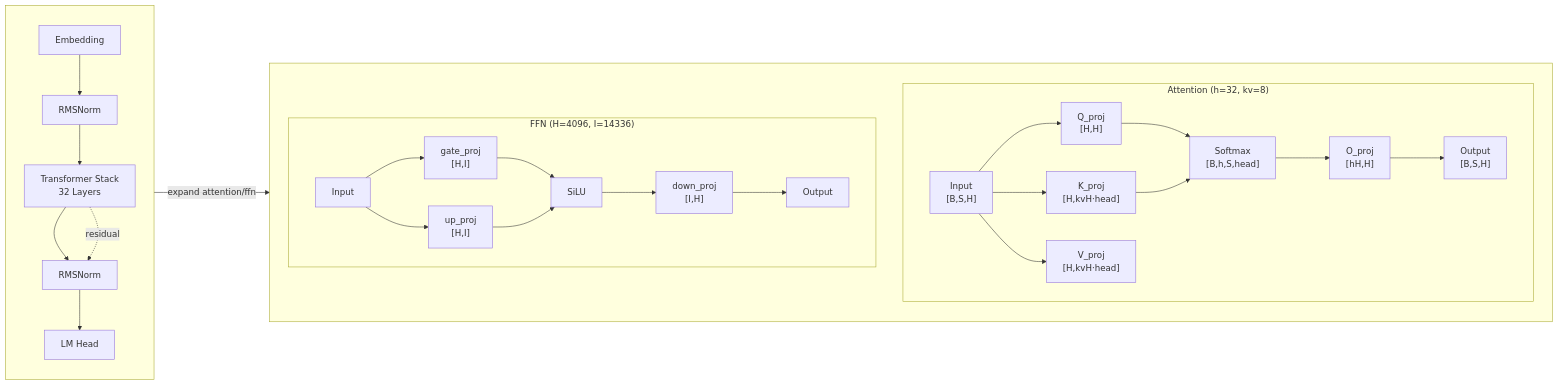
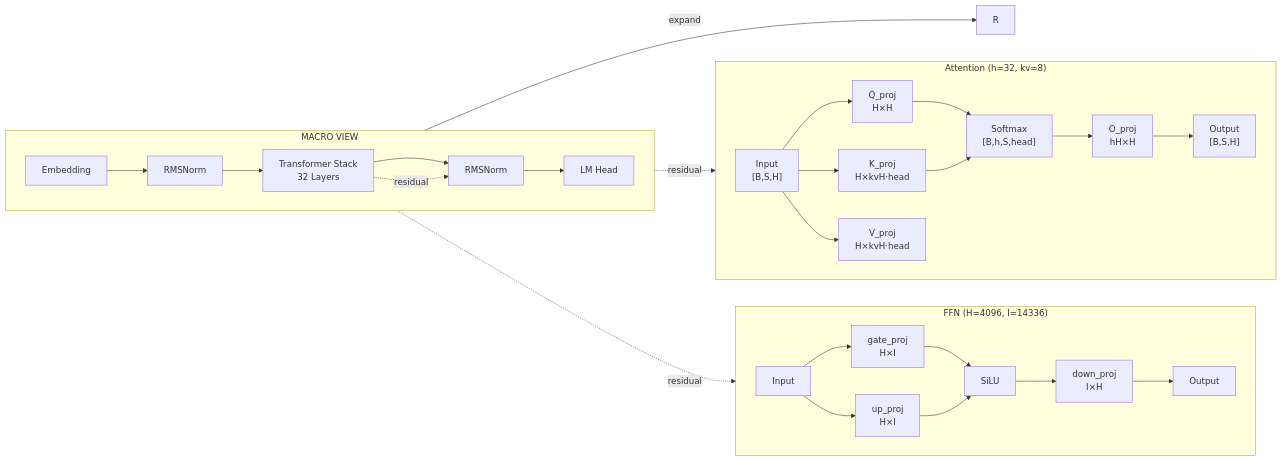
One commit to kevinoldching/agent-skills changed the first of 2 diagrams in llm_arch_generator/docs/superpowers/specs/2026-03-26-llm_arch_generator-design.md. Above: the diagram before and after it, drawn with Mermaid. The commit also changed other lines of this file, not shown here.

First line of the commit message:
docs: fix mermaid diagrams and add caching to download_model

````diff
--- a/llm_arch_generator/docs/superpowers/specs/2026-03-26-llm_arch_generator-design.md
+++ b/llm_arch_generator/docs/superpowers/specs/2026-03-26-llm_arch_generator-design.md
@@ -197,37 +197,37 @@
 ```mermaid
 graph LR
-    subgraph L[" "]
-        direction TB
+    subgraph L["MACRO VIEW"]
+        direction LR
         E["Embedding"] --> N1["RMSNorm"]
         N1 --> ST["Transformer Stack<br/>32 Layers"]
         ST --> N2["RMSNorm"]
         N2 --> LM["LM Head"]
-        ST -."residual".-> N2
+        ST -.->|"residual"| N2
     end
 
-    ST -->|"expand attention/ffn"| R[" "]
+    ST -->|"expand"| R
 
-    subgraph R[" "]
-        direction TB
-        subgraph Attn["Attention (h=32, kv=8)"]
-            direction LR
-            In["Input<br/>[B,S,H]"] --> Q["Q_proj<br/>[H,H]"]
-            In --> K["K_proj<br/>[H,kvH·head]"]
-            In --> V["V_proj<br/>[H,kvH·head]"]
-            Q --> Soft["Softmax<br/>[B,h,S,head]"]
-            K --> Soft
-            Soft --> O["O_proj<br/>[hH,H]"]
-            O --> Out["Output<br/>[B,S,H]"]
-        end
+    subgraph Attn["Attention (h=32, kv=8)"]
+        direction LR
+        In["Input<br/>[B,S,H]"] --> Q["Q_proj<br/>H×H"]
+        In --> K["K_proj<br/>H×kvH·head"]
+        In --> V["V_proj<br/>H×kvH·head"]
+        Q --> Soft["Softmax<br/>[B,h,S,head]"]
+        K --> Soft
+        Soft --> O["O_proj<br/>hH×H"]
+        O --> Out["Output<br/>[B,S,H]"]
+    end
 
-        subgraph FFN["FFN (H=4096, I=14336)"]
-            direction LR
-            Fin["Input"] --> Gate["gate_proj<br/>[H,I]"]
-            Fin --> Up["up_proj<br/>[H,I]"]
-            Gate --> Mul["SiLU"]
-            Up --> Mul
-            Mul --> Down["down_proj<br/>[I,H]"]
-            Down --> Fout["Output"]
-        end
+    subgraph FFN["FFN (H=4096, I=14336)"]
+        direction LR
+        Fin["Input"] --> Gate["gate_proj<br/>H×I"]
+        Fin --> Up["up_proj<br/>H×I"]
+        Gate --> Mul["SiLU"]
+        Up --> Mul
+        Mul --> Down["down_proj<br/>I×H"]
+        Down --> Fout["Output"]
     end
+
+    ST -.->|"residual"| Attn
+    ST -.->|"residual"| FFN
 ```
````
